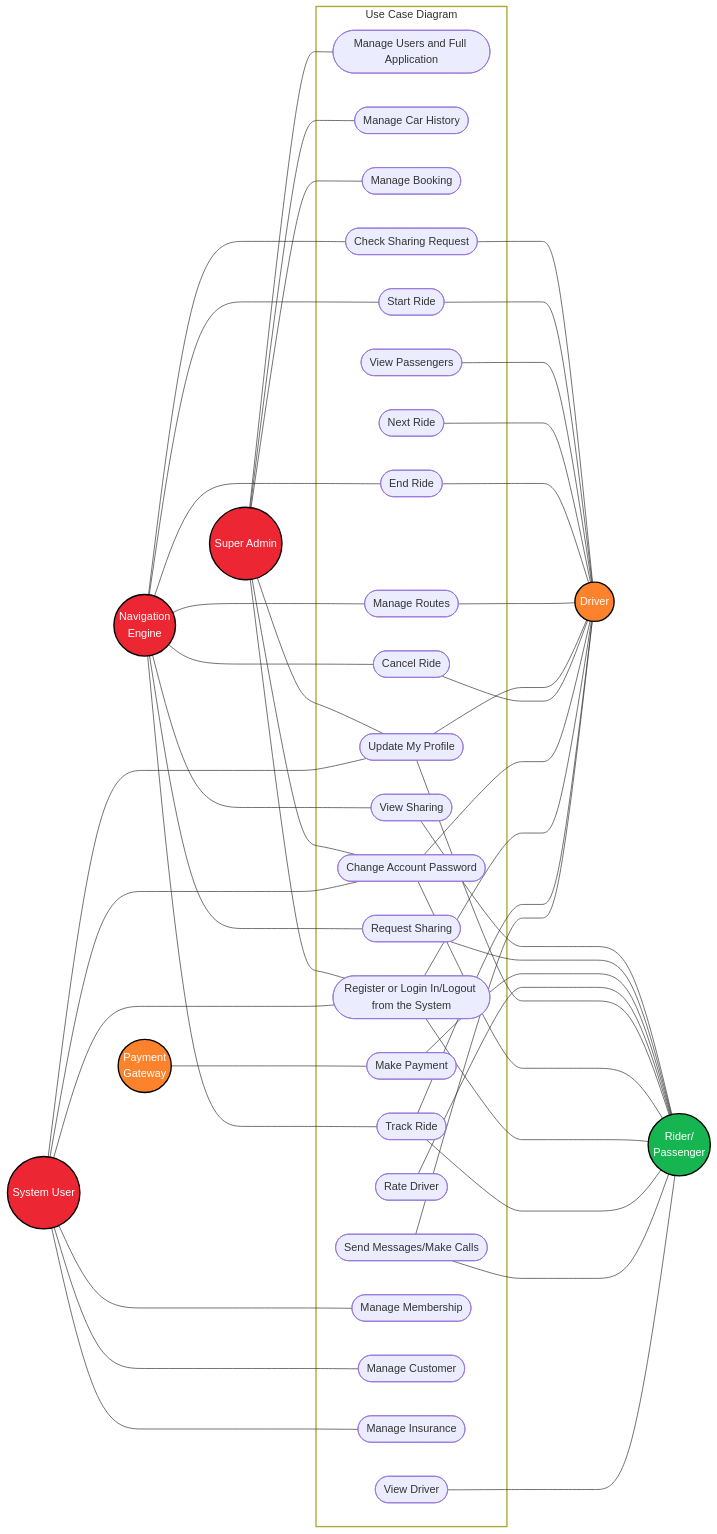
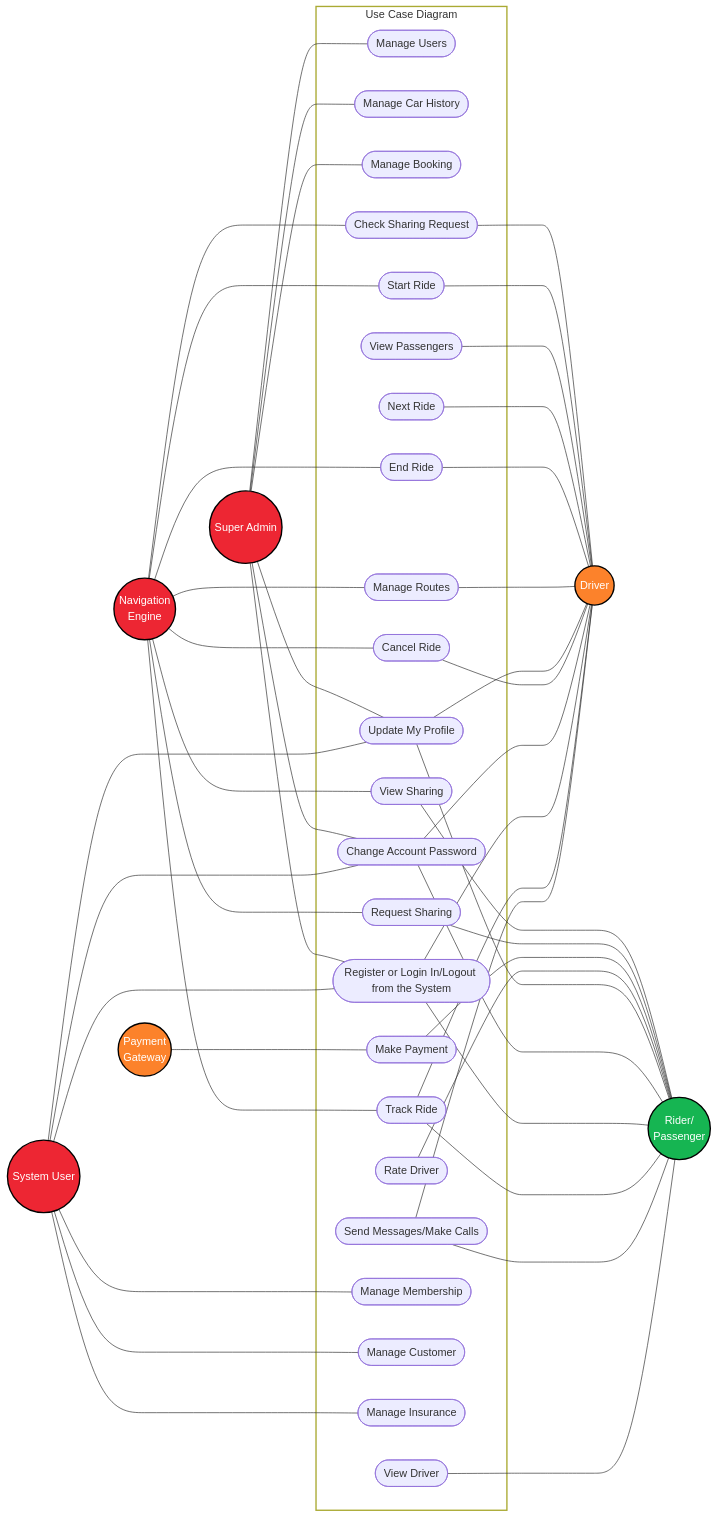
The fourth of 5 diagrams in README.md (vividblueprint/SE-RideSharingService-architecture), drawn with Mermaid before and after one commit. The commit also changed other lines of this file, not shown here.

```diff
--- a/README.md
+++ b/README.md
@@ -307,10 +301,10 @@
     P((Payment\nGateway)):::orange;
 
     %%Supper Addmin
-    1([Manage Users and Full Application])
+    1([Manage Users])
     2([Manage Car History])
     3([Manage Booking])
-    
+
     %%Rider
     4([View Sharing])
     5([Request Sharing])
@@ -380,7 +374,7 @@
     U---9
     U---10
     U---11
-    
+
     %%Navigation Engine
     N----4
     N---5
@@ -390,7 +384,7 @@
     N---15
     N---18
     N---19
-    
+
     classDef blue fill:#2374f7,stroke:#000,stroke-width:2px,color:#fff;
     classDef orange fill:#fc822b,stroke:#000,stroke-width:2px,color:#fff;
     classDef green fill:#16b552,stroke:#000,stroke-width:2px,color:#fff;
```
